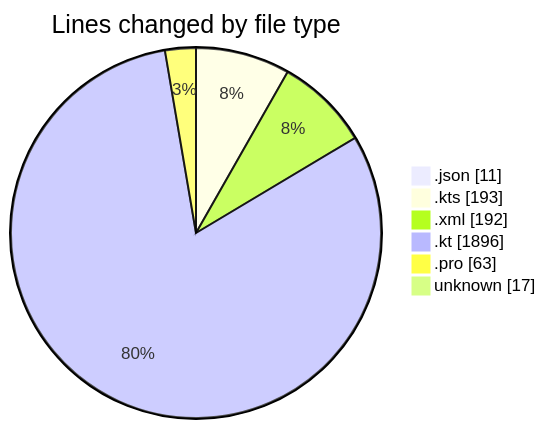
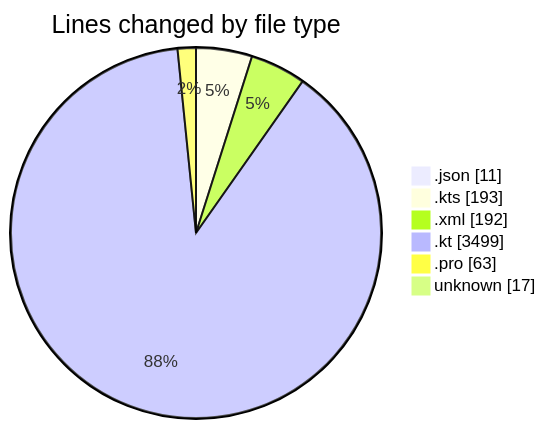
One commit to Unknowalive/code-tracking changed the first of 2 diagrams in 2026-04-07/t2s/README.md. Above: the diagram before and after it, drawn with Mermaid. The commit also changed other lines of this file and 1 other file, not shown here.

````diff
--- a/2026-04-07/t2s/README.md
+++ b/2026-04-07/t2s/README.md
@@ -56,10 +73,10 @@
 ```mermaid
 pie showData
 title Lines changed by file type
 ".json" : 11
 ".kts" : 193
 ".xml" : 192
-".kt" : 1896
+".kt" : 3499
 ".pro" : 63
 "unknown" : 17
 ```
````
